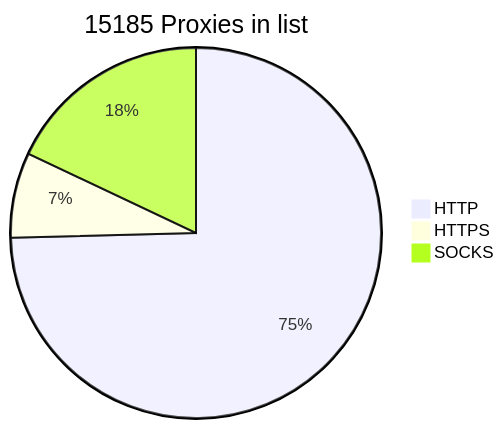
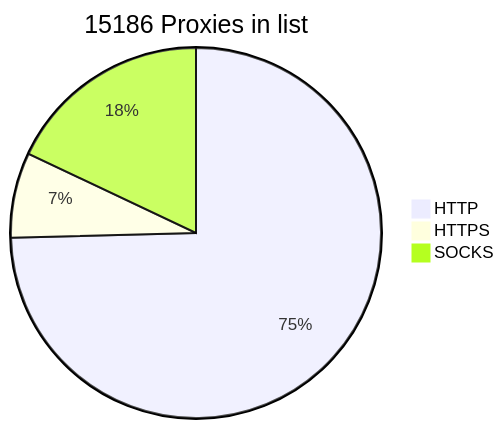
The diagram in README.md (BlackSnowDot/proxylist-update-every-minute), drawn with Mermaid before and after one commit.

````diff
--- a/README.md
+++ b/README.md
@@ -2,6 +2,6 @@
 ```mermaid
-pie title 15185 Proxies in list
-    "HTTP" : 11536
+pie title 15186 Proxies in list
+    "HTTP" : 11537
     "HTTPS": 1149
     "SOCKS" : 2779
 ```
````
